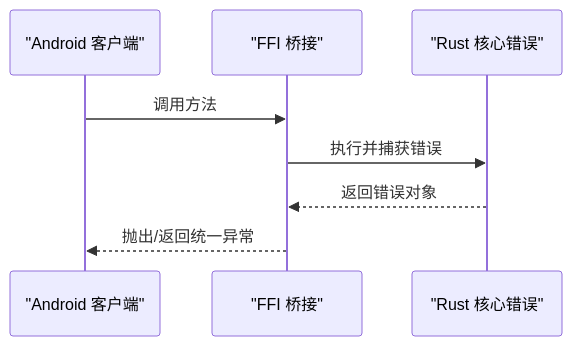
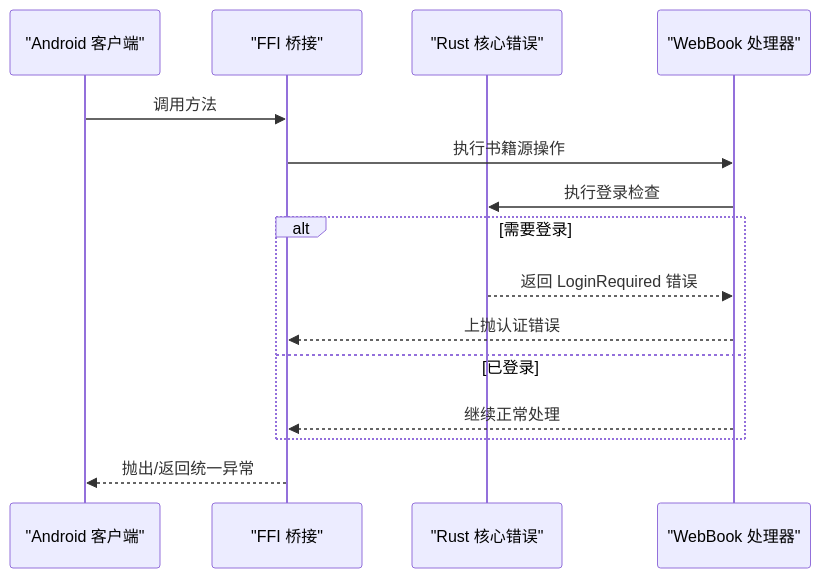
Before and after one commit to ZhangGHGitHub/LegadoTeamFlutter: the fifth of 7 diagrams in .qoder/repowiki/zh/content/同步服务/API接口设计/错误处理机制.md, drawn with Mermaid. The commit also changed other lines of this file and 173 other files, not shown here.

````diff
--- a/.qoder/repowiki/zh/content/同步服务/API接口设计/错误处理机制.md
+++ b/.qoder/repowiki/zh/content/同步服务/API接口设计/错误处理机制.md
@@ -254,10 +276,17 @@
 ```mermaid
 sequenceDiagram
 participant Android as "Android 客户端"
 participant FFI as "FFI 桥接"
 participant Rust as "Rust 核心错误"
+participant WebBook as "WebBook 处理器"
 Android->>FFI : 调用方法
-FFI->>Rust : 执行并捕获错误
-Rust-->>FFI : 返回错误对象
+FFI->>WebBook : 执行书籍源操作
+WebBook->>Rust : 执行登录检查
+alt 需要登录
+Rust-->>WebBook : 返回 LoginRequired 错误
+WebBook-->>FFI : 上抛认证错误
+else 已登录
+WebBook-->>FFI : 继续正常处理
+end
 FFI-->>Android : 抛出/返回统一异常
 ```
````
